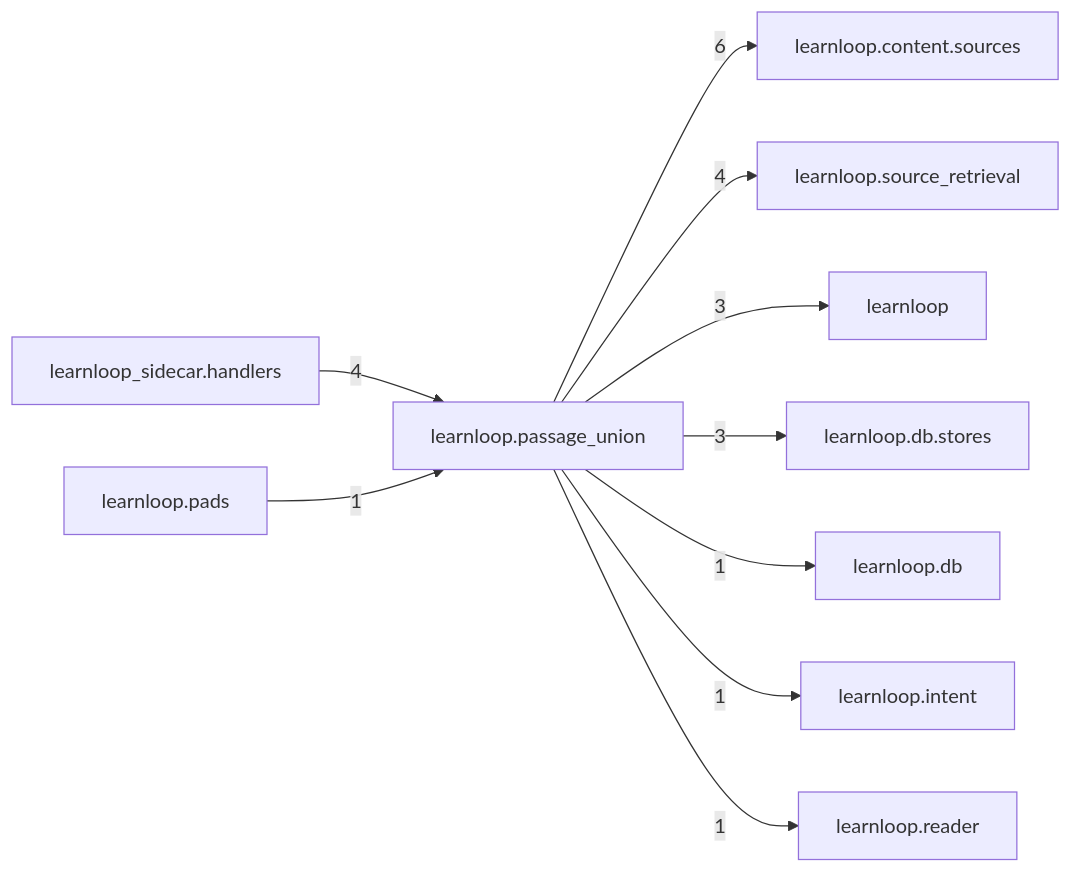
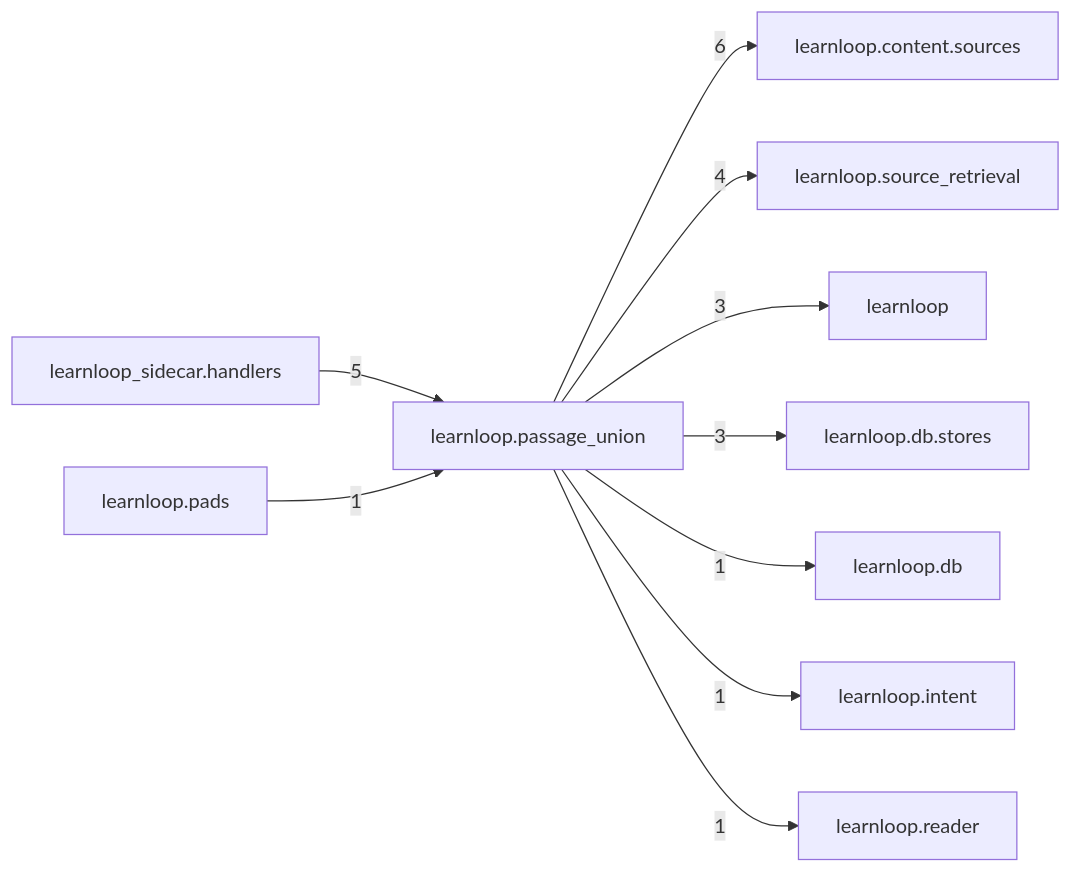
The diagram in docs/learnloop-architecture-vault/Reference/Modules/learnloop/passage_union/_package.md (6up-b/learnanything), drawn with Mermaid before and after one commit. The commit also changed other lines of this file and 147 other files, not shown here.

````diff
--- a/docs/learnloop-architecture-vault/Reference/Modules/learnloop/passage_union/_package.md
+++ b/docs/learnloop-architecture-vault/Reference/Modules/learnloop/passage_union/_package.md
@@ -76,22 +76,22 @@
 ```mermaid
 flowchart LR
     center["learnloop.passage_union"]
     n_learnloop_content_sources["learnloop.content.sources"]
+    n_learnloop_sidecar_handlers["learnloop_sidecar.handlers"]
     n_learnloop_source_retrieval["learnloop.source_retrieval"]
-    n_learnloop_sidecar_handlers["learnloop_sidecar.handlers"]
     n_learnloop["learnloop"]
     n_learnloop_db_stores["learnloop.db.stores"]
     n_learnloop_db["learnloop.db"]
     n_learnloop_intent["learnloop.intent"]
     n_learnloop_pads["learnloop.pads"]
     n_learnloop_reader["learnloop.reader"]
     center -->|6| n_learnloop_content_sources
+    n_learnloop_sidecar_handlers -->|5| center
     center -->|4| n_learnloop_source_retrieval
-    n_learnloop_sidecar_handlers -->|4| center
     center -->|3| n_learnloop
     center -->|3| n_learnloop_db_stores
     center -->|1| n_learnloop_db
     center -->|1| n_learnloop_intent
     n_learnloop_pads -->|1| center
     center -->|1| n_learnloop_reader
 ```
````
